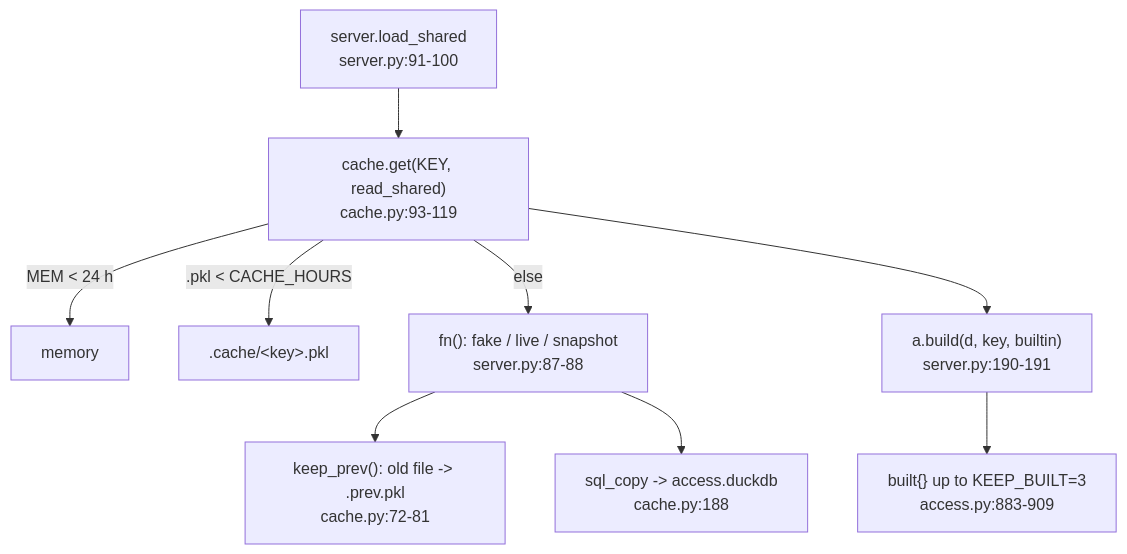
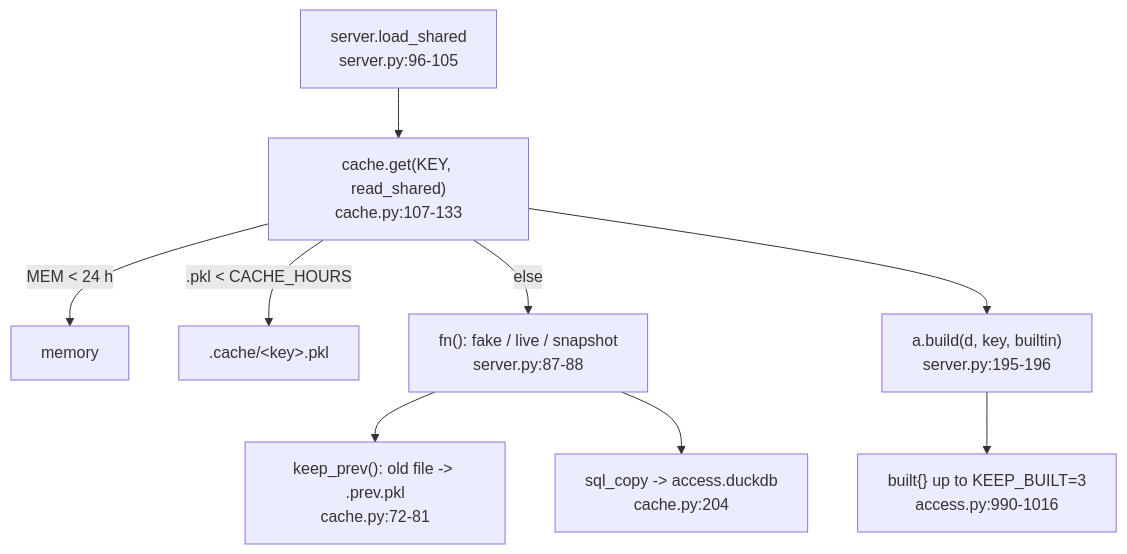
One commit to darshanmeel/snowflake-access-explorer changed the diagram in snowflake-access-explorer-knowledge-graph/logic/caching.md. Above: the diagram before and after it, drawn with Mermaid. The commit also changed other lines of this file and 106 other files, not shown here.

First line of the commit message:
Docs and knowledge graph for Activity; setup verify expects 11 tables

````diff
--- a/snowflake-access-explorer-knowledge-graph/logic/caching.md
+++ b/snowflake-access-explorer-knowledge-graph/logic/caching.md
@@ -5,11 +6,11 @@
 ```mermaid
 flowchart TD
-  LS["server.load_shared<br/>server.py:91-100"] --> G["cache.get(KEY, read_shared)<br/>cache.py:93-119"]
+  LS["server.load_shared<br/>server.py:96-105"] --> G["cache.get(KEY, read_shared)<br/>cache.py:107-133"]
   G -->|"MEM < 24 h"| M[memory]
   G -->|".pkl < CACHE_HOURS"| P[".cache/&lt;key&gt;.pkl"]
   G -->|else| R["fn(): fake / live / snapshot<br/>server.py:87-88"]
   R --> KP["keep_prev(): old file -> .prev.pkl<br/>cache.py:72-81"]
-  R --> SQ["sql_copy -> access.duckdb<br/>cache.py:188"]
-  G --> B["a.build(d, key, builtin)<br/>server.py:190-191"]
-  B --> KB["built{} up to KEEP_BUILT=3<br/>access.py:883-909"]
+  R --> SQ["sql_copy -> access.duckdb<br/>cache.py:204"]
+  G --> B["a.build(d, key, builtin)<br/>server.py:195-196"]
+  B --> KB["built{} up to KEEP_BUILT=3<br/>access.py:990-1016"]
 ```
````
